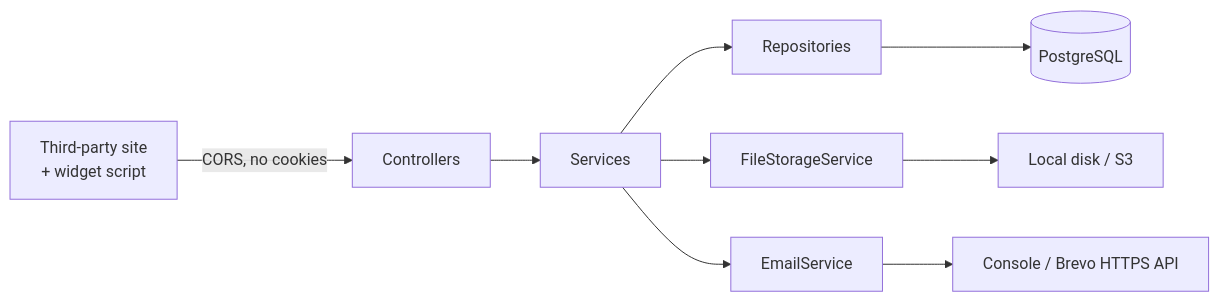
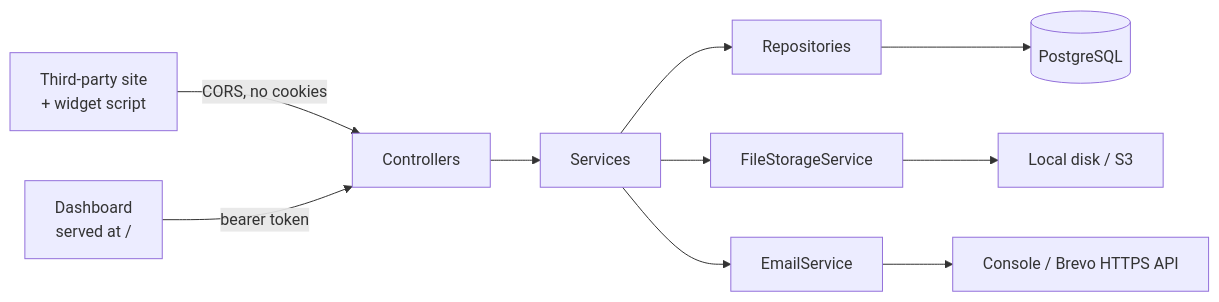
The diagram in README.md (Rohits1402/gimme-comments-server), drawn with Mermaid before and after one commit. The commit also changed other lines of this file and 6 other files, not shown here.

````diff
--- a/README.md
+++ b/README.md
@@ -101,11 +107,12 @@
 ```mermaid
 flowchart LR
     W[Third-party site<br/>+ widget script] -->|CORS, no cookies| C[Controllers]
+    B[Dashboard<br/>served at /] -->|bearer token| C
     C --> S[Services]
     S --> R[Repositories]
     R --> M[(PostgreSQL)]
     S --> F[FileStorageService]
     F --> D[Local disk / S3]
     S --> E[EmailService]
     E --> G[Console / Brevo HTTPS API]
 ```
````
